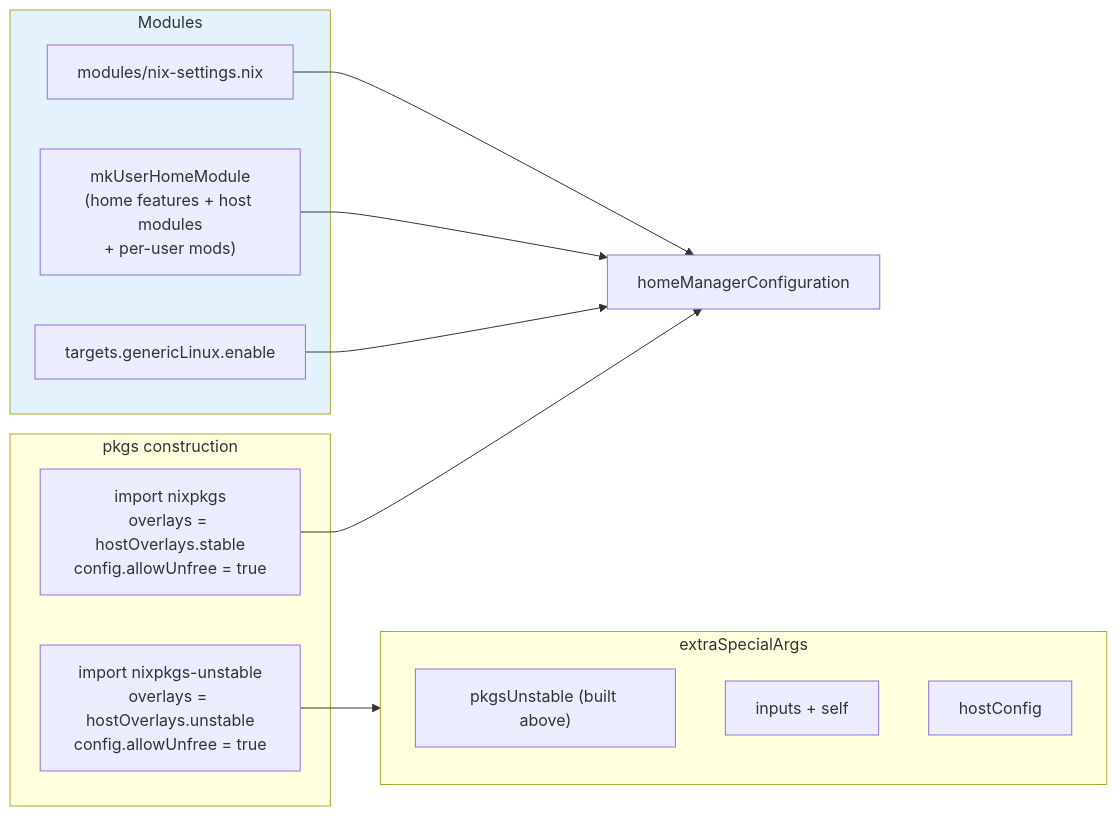
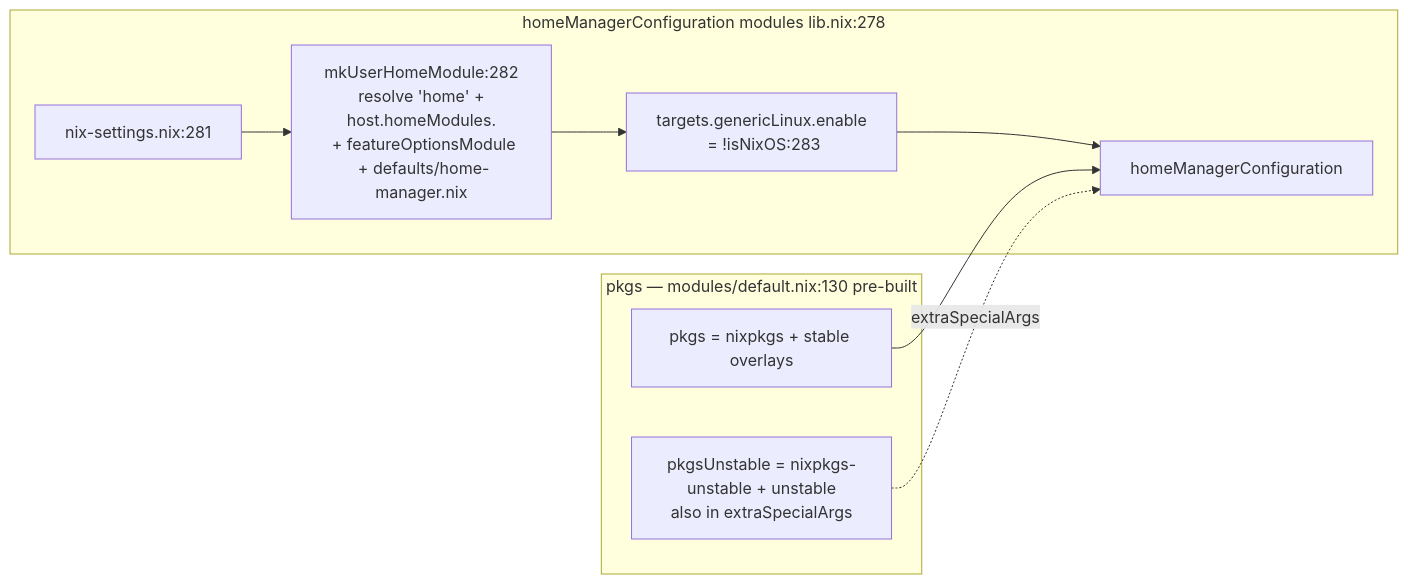
The sixth of 7 diagrams in DESIGN.md (WombatFromHell/automatic-palm-tree), drawn with Mermaid before and after one commit. The commit also changed other lines of this file, not shown here.

````diff
--- a/DESIGN.md
+++ b/DESIGN.md
@@ -257,23 +181,15 @@
 ```mermaid
 flowchart LR
-    subgraph Pkgs["pkgs construction"]
-        stable["import nixpkgs\noverlays = hostOverlays.stable\nconfig.allowUnfree = true"]
-        unstable["import nixpkgs-unstable\noverlays = hostOverlays.unstable\nconfig.allowUnfree = true"]
+    subgraph Pkgs ["pkgs — modules/default.nix:130 pre-built"]
+        stable["pkgs = nixpkgs + stable overlays"]
+        unstable["pkgsUnstable = nixpkgs-unstable + unstable\nalso in extraSpecialArgs"]
     end
-    subgraph M["Modules"]
-        nixSet["modules/nix-settings.nix"]
-        baseModule["mkUserHomeModule\n(home features + host modules\n+ per-user mods)"]
-        generic["targets.genericLinux.enable"]
+    subgraph Mods2 ["homeManagerConfiguration modules lib.nix:278"]
+        nixSet2["nix-settings.nix:281"]
+        userMod["mkUserHomeModule:282\n resolve 'home' + host.homeModules.<user>\n + featureOptionsModule\n + defaults/home-manager.nix"]
+        generic["targets.genericLinux.enable\n = !isNixOS:283"]
+        nixSet2 --> userMod --> generic --> merged2["homeManagerConfiguration"]
     end
-    subgraph EA["extraSpecialArgs"]
-        pkgsUnstable["pkgsUnstable (built above)"]
-        inputs["inputs + self"]
-        hostConfig["hostConfig"]
-    end
-    stable --> merged["homeManagerConfiguration"]
-    unstable --> EA
-    nixSet --> merged
-    baseModule --> merged
-    generic --> merged
-    style M fill:#e3f2fd
+    stable --> merged2
+    unstable -. extraSpecialArgs .-> merged2
 ```
````
